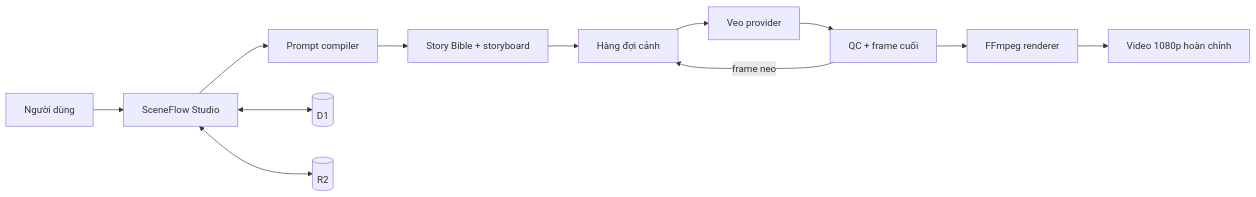
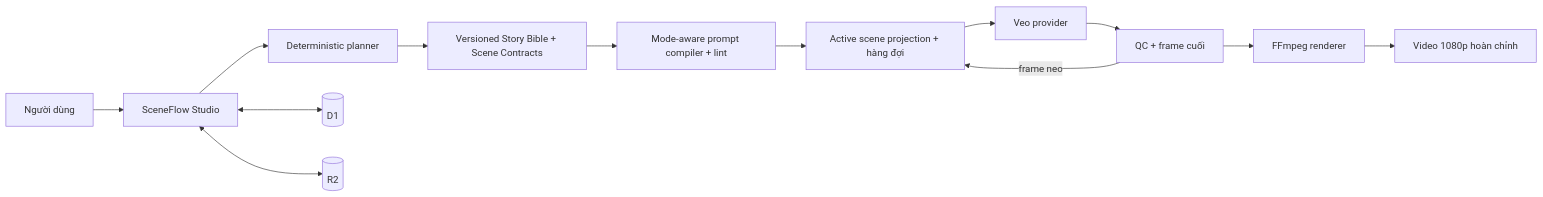
The diagram in README.md (hieungrx/SceneFlow-AI-Studio), drawn with Mermaid before and after one commit. The commit also changed other lines of this file and 22 other files, not shown here.

Commit message:
feat(planning): add versioned scene contracts

````diff
--- a/README.md
+++ b/README.md
@@ -20,14 +20,15 @@
 ```mermaid
 flowchart LR
   U[Người dùng] --> S[SceneFlow Studio]
-  S --> P[Prompt compiler]
-  P --> B[Story Bible + storyboard]
-  B --> Q[Hàng đợi cảnh]
+  S --> P[Deterministic planner]
+  P --> B[Versioned Story Bible + Scene Contracts]
+  B --> PC[Mode-aware prompt compiler + lint]
+  PC --> Q[Active scene projection + hàng đợi]
   Q --> V[Veo provider]
   V --> C[QC + frame cuối]
   C -->|frame neo| Q
   C --> R[FFmpeg renderer]
   R --> O[Video 1080p hoàn chỉnh]
   S <--> D[(D1)]
   S <--> M[(R2)]
 ```
````
